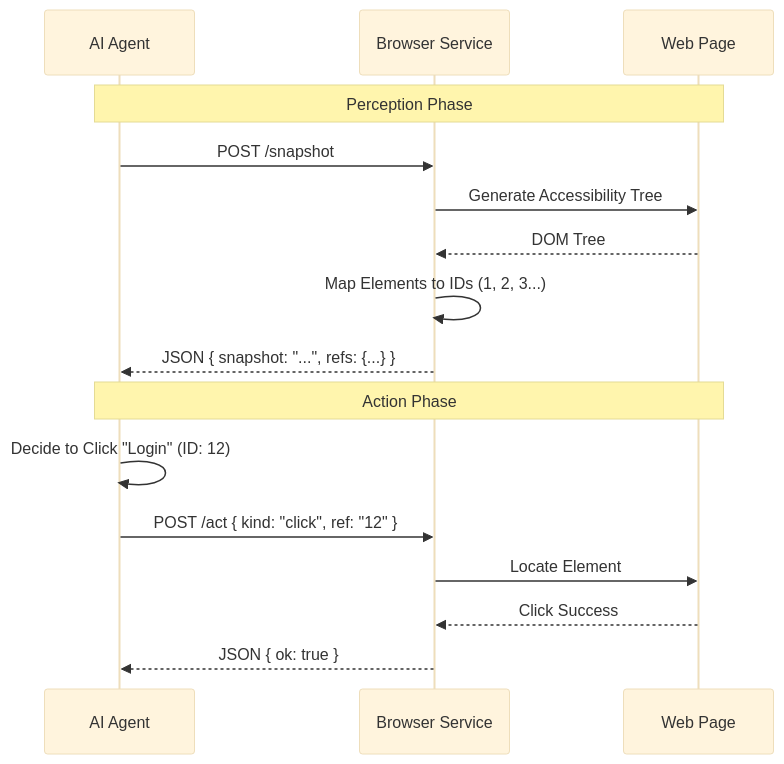
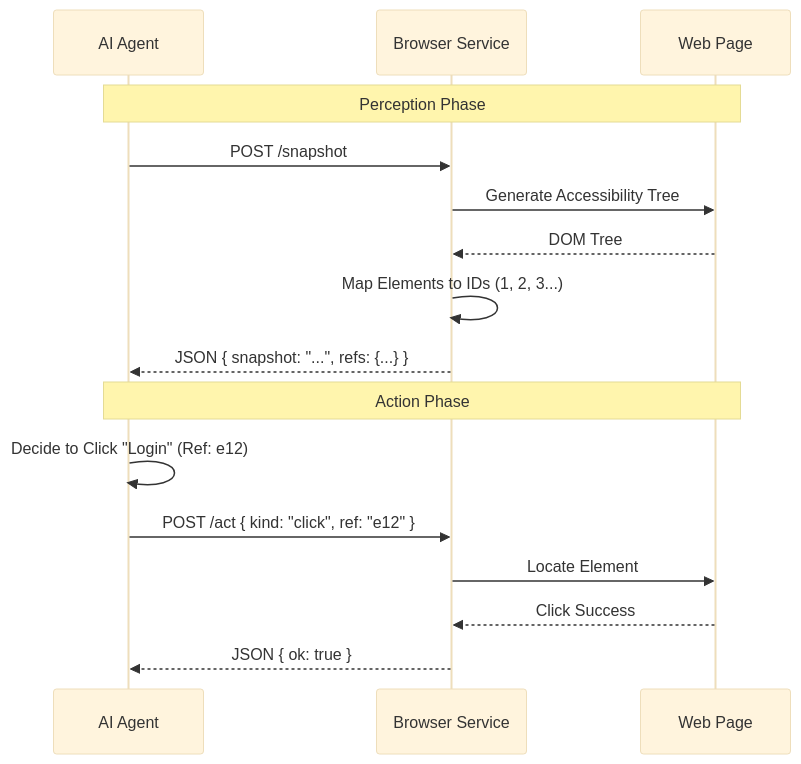
One commit to Tailorec/tailorec-browser-orch changed the second of 3 diagrams in README.md. Above: the diagram before and after it, drawn with Mermaid (base theme). The commit also changed other lines of this file and 3 other files, not shown here.

````diff
--- a/README.md
+++ b/README.md
@@ -29,20 +29,20 @@
 ```mermaid
 sequenceDiagram
     participant Agent as AI Agent
     participant Service as Browser Service
     participant Page as Web Page
 
     Note over Agent, Page: Perception Phase
     Agent->>Service: POST /snapshot
     Service->>Page: Generate Accessibility Tree
     Page-->>Service: DOM Tree
     Service->>Service: Map Elements to IDs (1, 2, 3...)
     Service-->>Agent: JSON { snapshot: "...", refs: {...} }
 
     Note over Agent, Page: Action Phase
-    Agent->>Agent: Decide to Click "Login" (ID: 12)
-    Agent->>Service: POST /act { kind: "click", ref: "12" }
+    Agent->>Agent: Decide to Click "Login" (Ref: e12)
+    Agent->>Service: POST /act { kind: "click", ref: "e12" }
     Service->>Page: Locate Element #12 & Click
     Page-->>Service: Click Success
     Service-->>Agent: JSON { ok: true }
 ```
````
